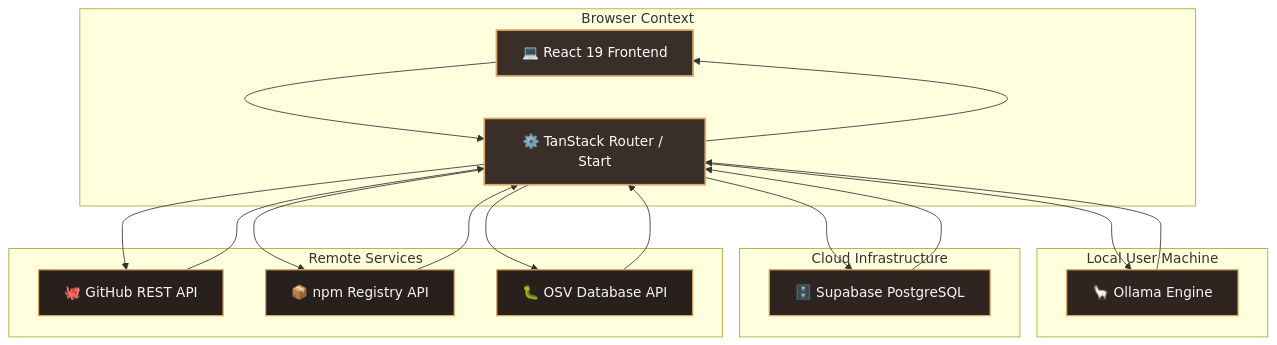
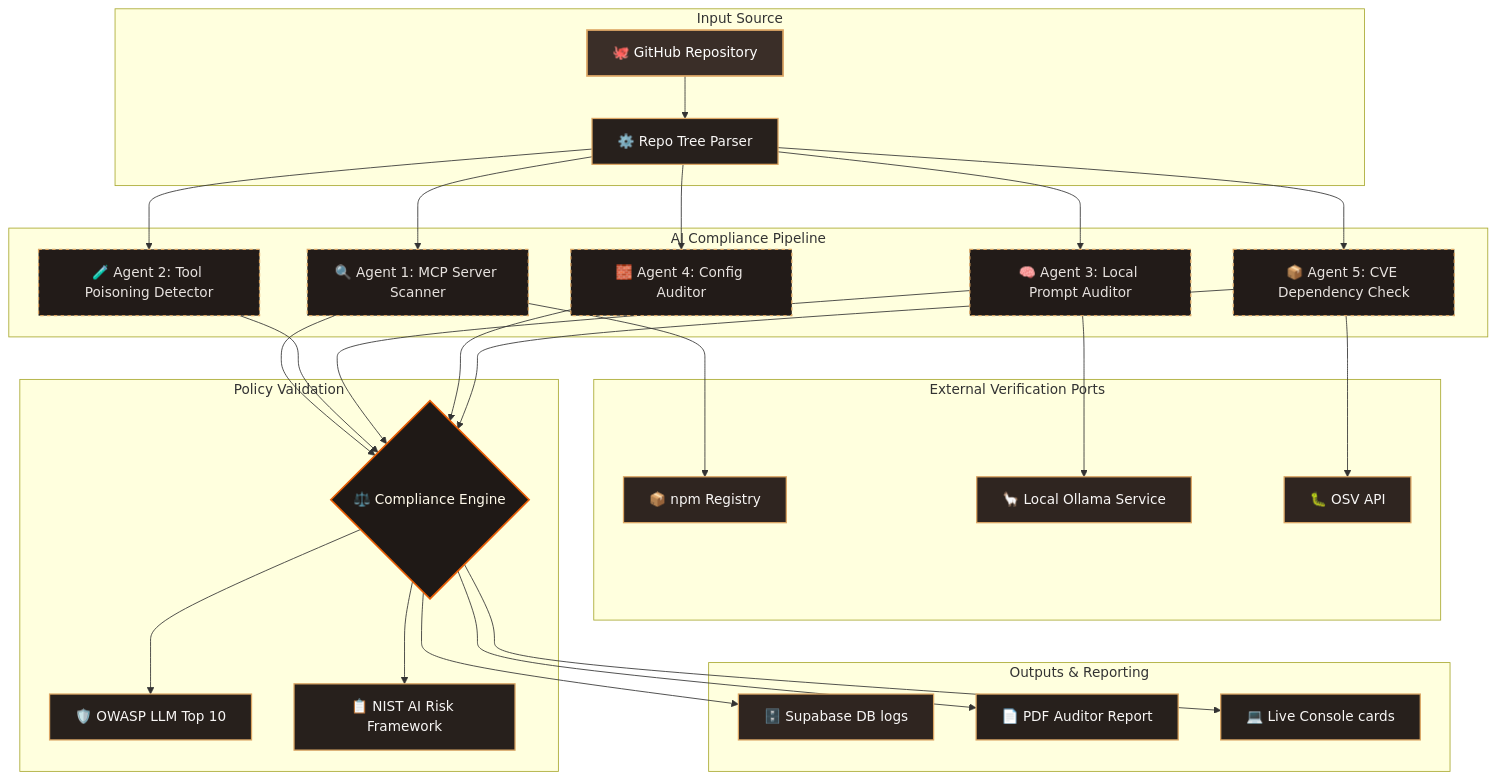
One commit to ritvikindupuri/Ward---MCP-Auditior changed the diagram in README.md. Above: the diagram before and after it, drawn with Mermaid.

Commit message:
docs: correct README.md diagram to show Agent Compliance Pipeline and restore clean emoji icons

````diff
--- a/README.md
+++ b/README.md
@@ -40,40 +40,64 @@
 ```mermaid
 flowchart TD
-    %% Define style variables matching cozy dark tan / gold theme
+    %% Define styles matching cozy dark tan / gold theme
     classDef default fill:#27201c,stroke:#dca664,stroke-width:1.5px,color:#f8f6f5;
-    classDef browser fill:#3a2e28,stroke:#dca664,stroke-width:2px,color:#fff;
+    classDef source fill:#3a2e28,stroke:#dca664,stroke-width:2px,color:#fff;
+    classDef agent fill:#221b18,stroke:#dca664,stroke-width:1.5px,stroke-dasharray: 4 4,color:#e7e2df;
     classDef engine fill:#1f1916,stroke:#e85d04,stroke-width:2px,color:#fffaeb;
     classDef db fill:#2f2520,stroke:#dca664,stroke-width:1.5px,color:#f8f6f5;
 
-    subgraph BROWSER ["Browser Context"]
-        Client["💻 React 19 Frontend"]:::browser
-        Router["⚙️ TanStack Router / Start"]:::browser
-        Client --> Router
-        Router --> Client
+    subgraph INPUT ["Input Source"]
+        Repo["🐙 GitHub Repository"]:::source
+        Parser["⚙️ Repo Tree Parser"]:::default
+        Repo --> Parser
     end
-    
-    subgraph USER_MACHINE ["Local User Machine"]
-        Ollama["🦙 Ollama Engine"]:::db
+
+    subgraph PIPELINE ["AI Compliance Pipeline"]
+        A1["🔍 Agent 1: MCP Server Scanner"]:::agent
+        A2["🧪 Agent 2: Tool Poisoning Detector"]:::agent
+        A3["🧠 Agent 3: Local Prompt Auditor"]:::agent
+        A4["🧱 Agent 4: Config Auditor"]:::agent
+        A5["📦 Agent 5: CVE Dependency Check"]:::agent
     end
-    
-    subgraph CLOUD ["Cloud Infrastructure"]
-        DB["🗄️ Supabase PostgreSQL"]:::db
+
+    Parser --> A1
+    Parser --> A2
+    Parser --> A3
+    Parser --> A4
+    Parser --> A5
+
+    subgraph EXTERNALS ["External Verification Ports"]
+        NPM["📦 npm Registry"]:::db
+        OLLAMA["🦙 Local Ollama Service"]:::db
+        OSV["🐛 OSV API"]:::db
     end
-    
-    subgraph SERVICES ["Remote Services"]
-        GitHub["🐙 GitHub REST API"]:::default
-        NPM["📦 npm Registry API"]:::default
-        OSV["🐛 OSV Database API"]:::default
+
+    A1 --> NPM
+    A3 --> OLLAMA
+    A5 --> OSV
+
+    subgraph COMPLIANCE ["Policy Validation"]
+        Engine{"⚖️ Compliance Engine"}:::engine
+        OWASP["🛡️ OWASP LLM Top 10"]:::default
+        NIST["📋 NIST AI Risk Framework"]:::default
+        
+        Engine --> OWASP
+        Engine --> NIST
     end
-    
-    Router --> DB
-    DB --> Router
-    Router --> GitHub
-    GitHub --> Router
-    Router --> Ollama
-    Ollama --> Router
-    Router --> NPM
-    NPM --> Router
-    Router --> OSV
-    OSV --> Router
+
+    A1 --> Engine
+    A2 --> Engine
+    A3 --> Engine
+    A4 --> Engine
+    A5 --> Engine
+
+    subgraph OUTPUT ["Outputs & Reporting"]
+        DB["🗄️ Supabase DB logs"]:::db
+        PDF["📄 PDF Auditor Report"]:::default
+        Console["💻 Live Console cards"]:::default
+    end
+
+    Engine --> DB
+    Engine --> PDF
+    Engine --> Console
 ```
````
